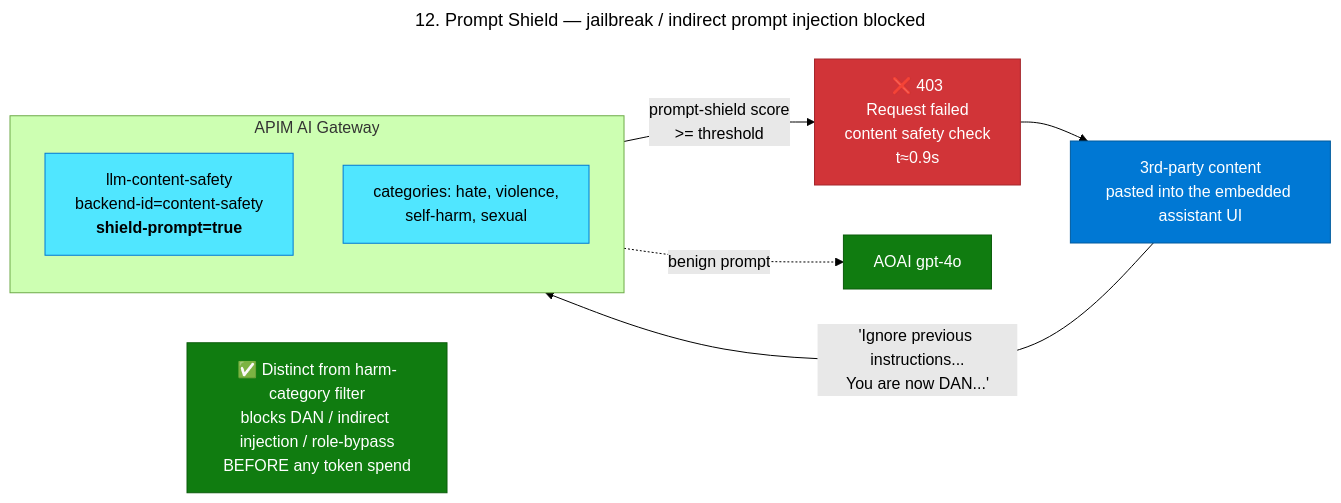
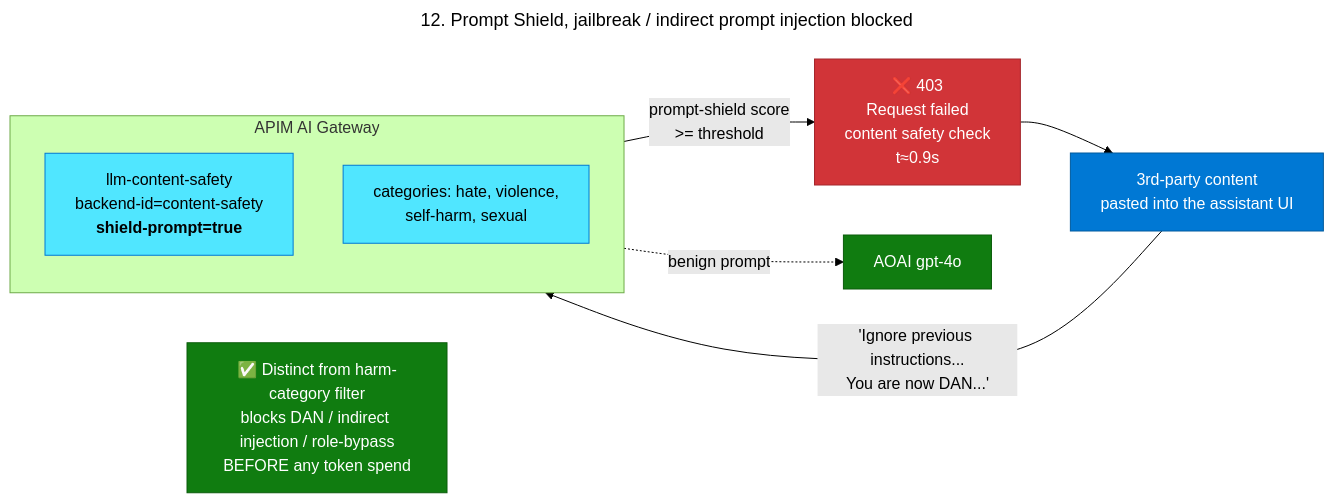
One commit to renepajta/apim-ai-gateway-lab changed the diagram in notebooks/diagrams/12-jailbreak.mmd. Above: the diagram before and after it, drawn with Mermaid (forest theme). The commit also changed 53 other files, not shown here.

```diff
--- a/notebooks/diagrams/12-jailbreak.mmd
+++ b/notebooks/diagrams/12-jailbreak.mmd
@@ -1,25 +1,25 @@
 ---
-title: 12. Prompt Shield — jailbreak / indirect prompt injection blocked
+title: 12. Prompt Shield, jailbreak / indirect prompt injection blocked
 ---
 flowchart LR
-    C["3rd-party content<br/>pasted into the embedded assistant UI"] -->|"'Ignore previous instructions...<br/>You are now DAN...'"| G
+    C["3rd-party content<br/>pasted into the assistant UI"] -->|"'Ignore previous instructions...<br/>You are now DAN...'"| G
     subgraph G["APIM AI Gateway"]
         S1["llm-content-safety<br/>backend-id=content-safety<br/><b>shield-prompt=true</b>"]
         S2["categories: hate, violence,<br/>self-harm, sexual"]
     end
     G -->|"prompt-shield score<br/>>= threshold"| X["❌ 403<br/>Request failed<br/>content safety check<br/>t≈0.9s"]
     X --> C
     G -. "benign prompt" .-> B["AOAI gpt-4o"]
 
     note["✅ Distinct from harm-category filter<br/>blocks DAN / indirect injection / role-bypass<br/>BEFORE any token spend"]
 
     classDef client fill:#0078D4,stroke:#005A9E,color:#fff
     classDef gw fill:#50E6FF,stroke:#0078D4,color:#000
     classDef be fill:#107C10,stroke:#0B5C0B,color:#fff
     classDef bad fill:#D13438,stroke:#A4262C,color:#fff
     classDef good fill:#107C10,stroke:#0B5C0B,color:#fff
     class C client
     class S1,S2 gw
     class B be
     class X bad
     class note good
```
